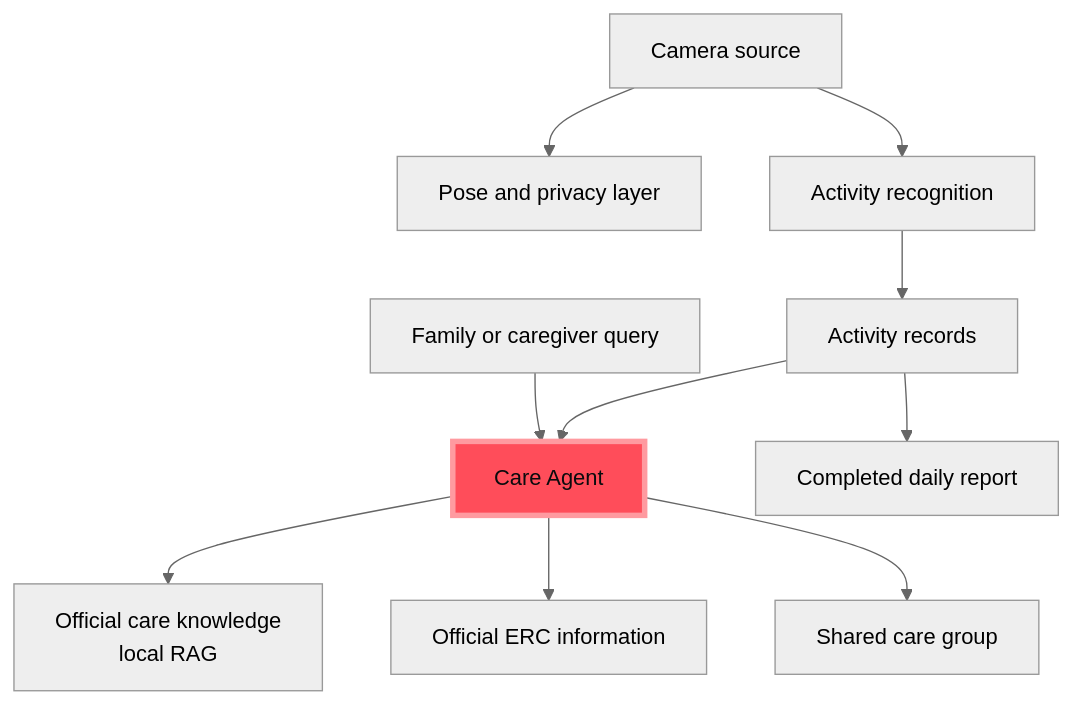
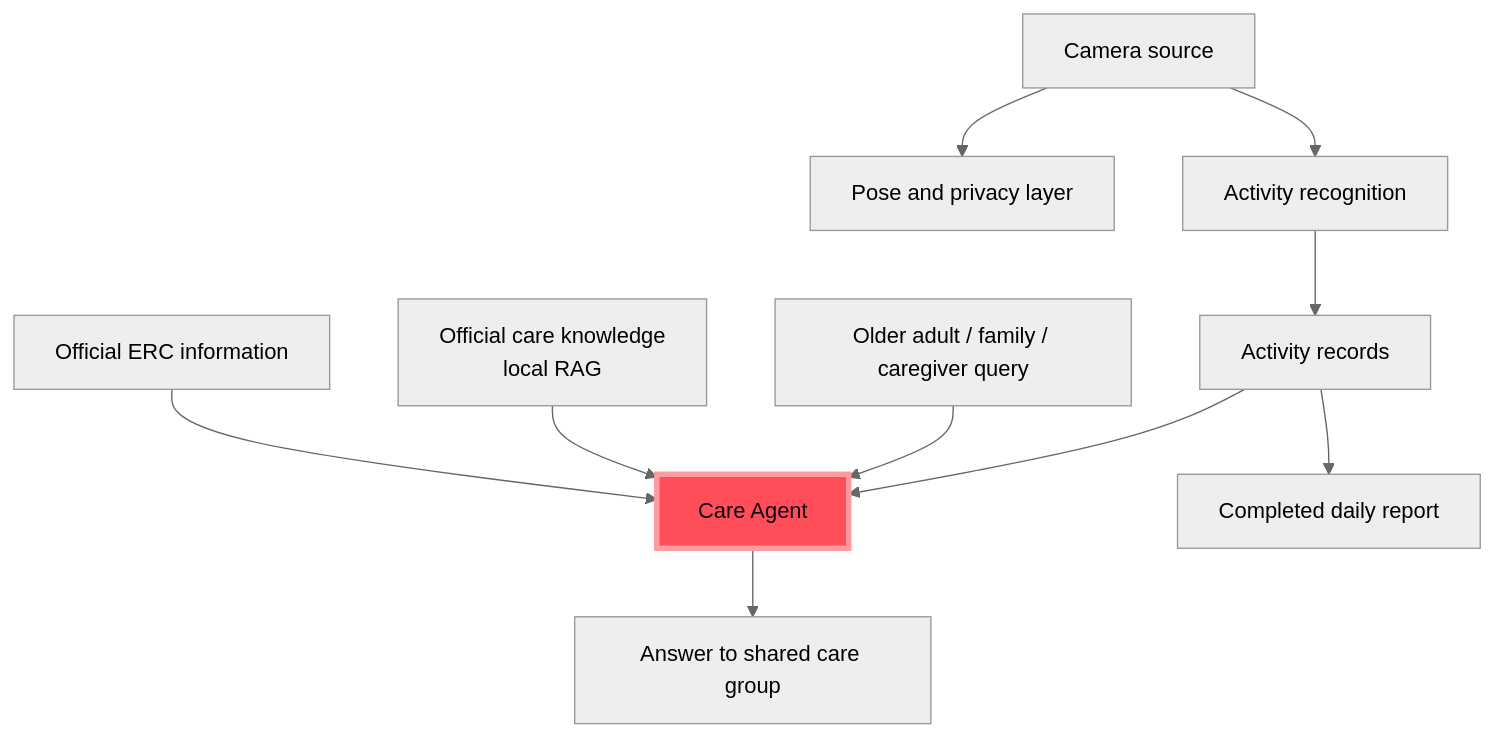
Before and after one commit to HenryyyW/ElderCare-showcase: the diagram in docs/architecture.md, drawn with Mermaid (neutral theme). The commit also changed 1 other file, not shown here.

Commit message:
docs: correct Agent support flow

````diff
--- a/docs/architecture.md
+++ b/docs/architecture.md
@@ -7,14 +7,14 @@
 ```mermaid
 flowchart TD
-    I[Family or caregiver query] --> H[Care Agent]
     A[Camera source] --> B[Pose and privacy layer]
     A --> C[Activity recognition]
     C --> E[Activity records]
     E --> H
     E --> F[Completed daily report]
-    H --> J[Official care knowledge<br/>local RAG]
-    H --> K[Official ERC information]
-    H --> L[Shared care group]
+    I[Older adult / family / caregiver query] --> H[Care Agent]
+    J[Official care knowledge<br/>local RAG] --> H
+    K[Official ERC information] --> H
+    H --> L[Answer to shared care group]
     classDef agent fill:#ff4d5a,stroke:#ff9aa0,color:#0b0b0d,stroke-width:4px;
     class H agent;
 ```
````
